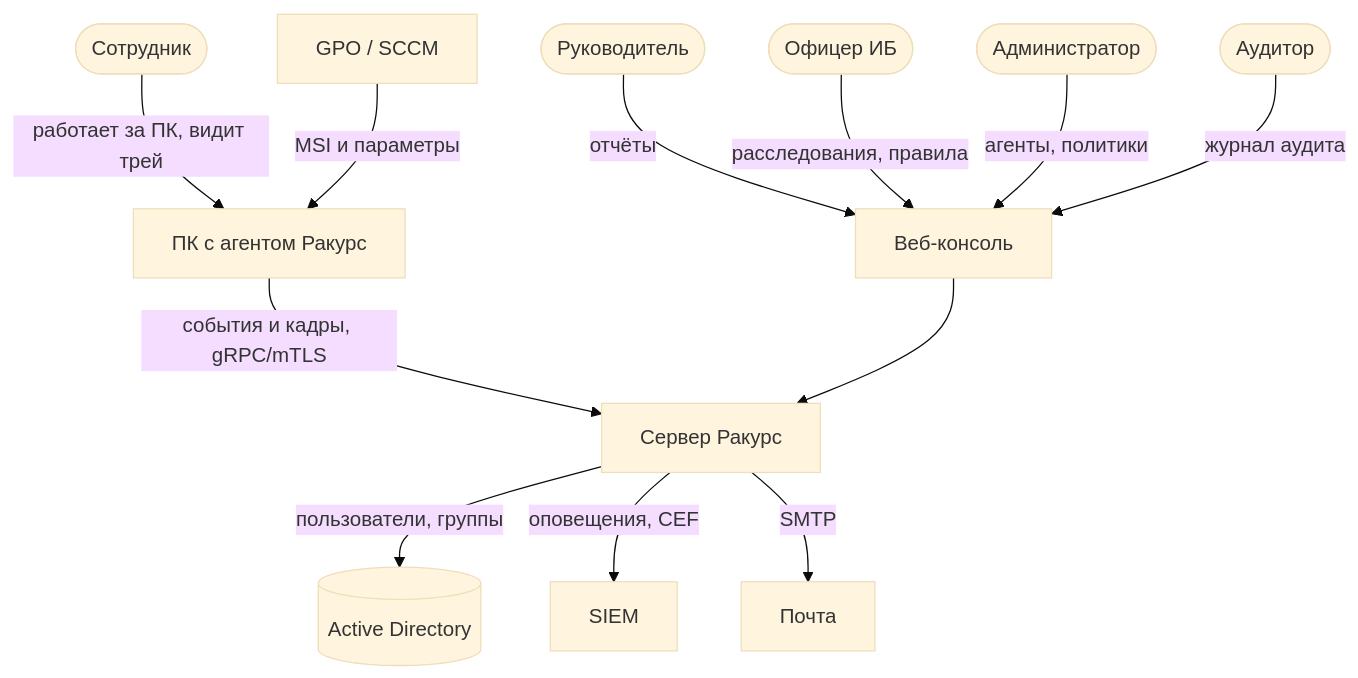
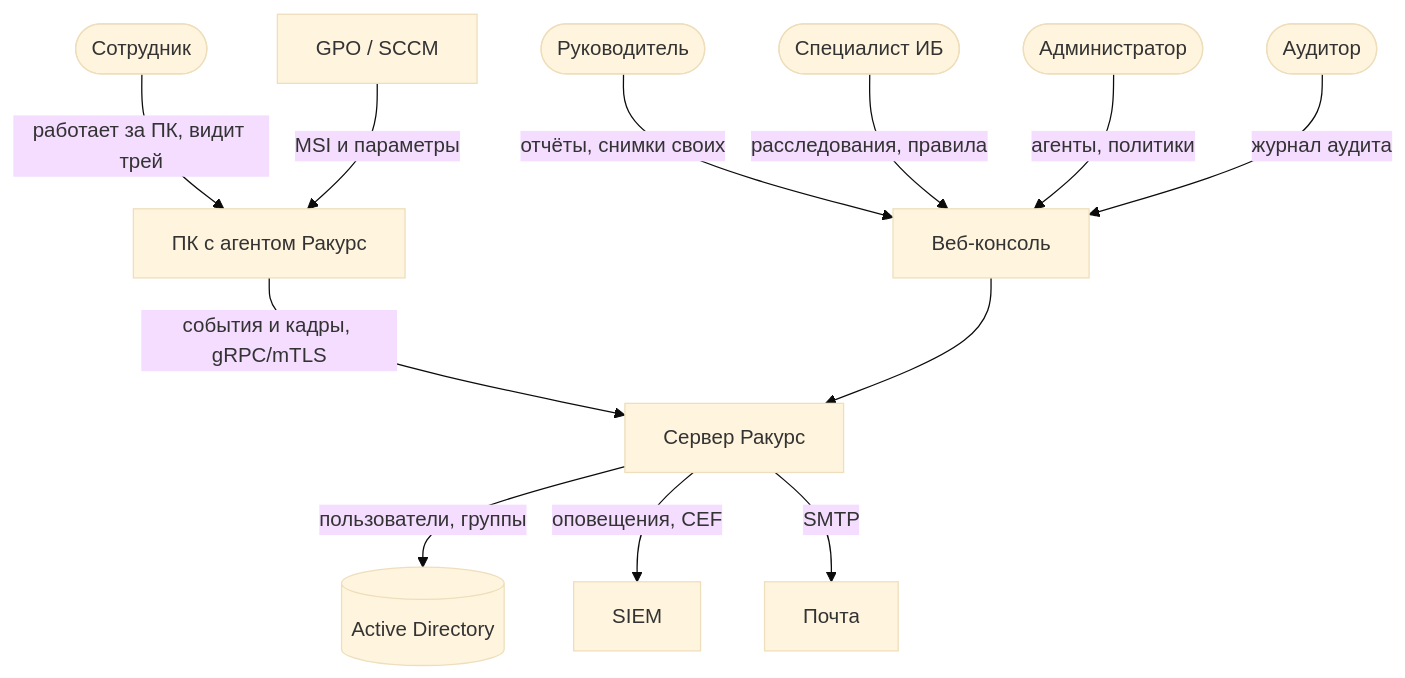
One commit to Nyrokume/rakurs-docs changed the first of 5 diagrams in content/architecture.md. Above: the diagram before and after it, drawn with Mermaid (base theme). The commit also changed 17 other files, not shown here.

First line of the commit message:
Решения по терминам и доступу: открытый мониторинг, Специалист ИБ, руководитель видит снимки своего подразделения

````diff
--- a/content/architecture.md
+++ b/content/architecture.md
@@ -9,14 +9,14 @@
 ```mermaid Система и её окружение
 flowchart TB
   emp([Сотрудник]) -- работает за ПК, видит трей --> pc[ПК с агентом Ракурс]
   pc -- события и кадры, gRPC/mTLS --> srv[Сервер Ракурс]
-  mgr([Руководитель]) -- отчёты --> con[Веб-консоль]
-  sec([Офицер ИБ]) -- расследования, правила --> con
+  mgr([Руководитель]) -- отчёты, снимки своих --> con[Веб-консоль]
+  sec([Специалист ИБ]) -- расследования, правила --> con
   adm([Администратор]) -- агенты, политики --> con
   aud([Аудитор]) -- журнал аудита --> con
   con --> srv
   srv -- пользователи, группы --> ad[(Active Directory)]
   srv -- оповещения, CEF --> siem[SIEM]
   srv -- SMTP --> mail[Почта]
   gpo[GPO / SCCM] -- MSI и параметры --> pc
 ```
````
